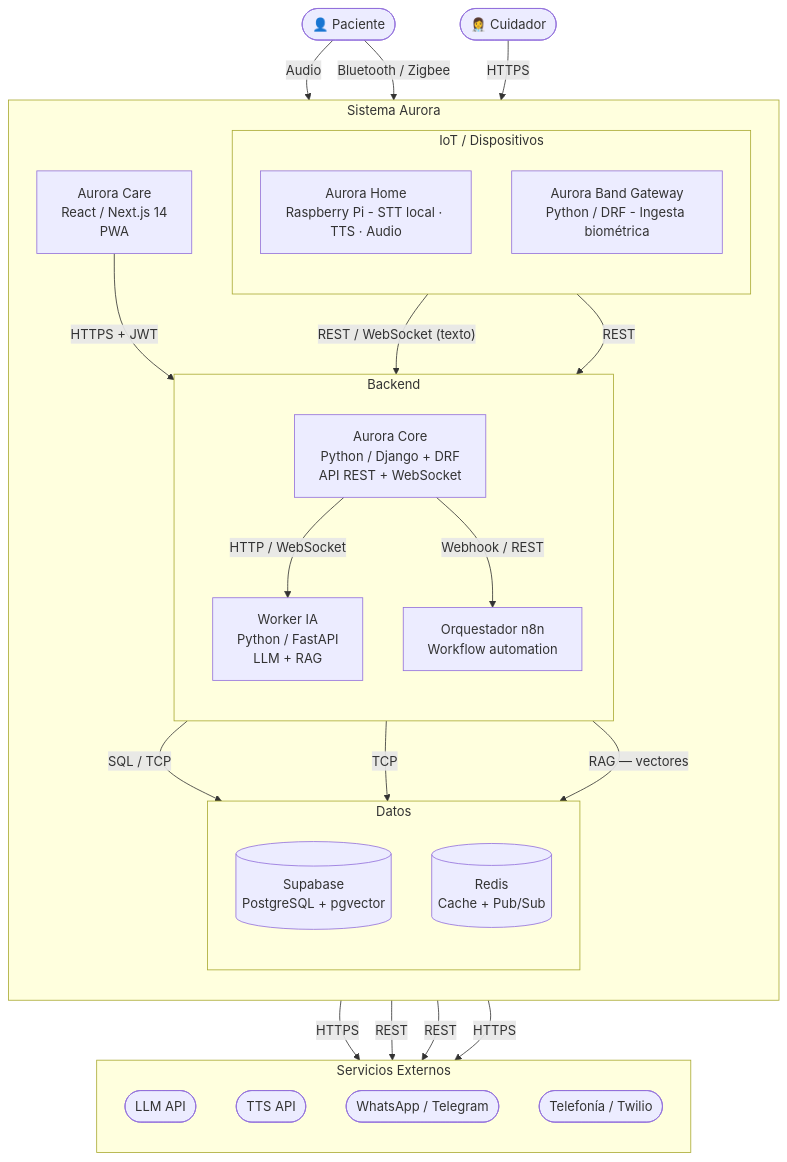
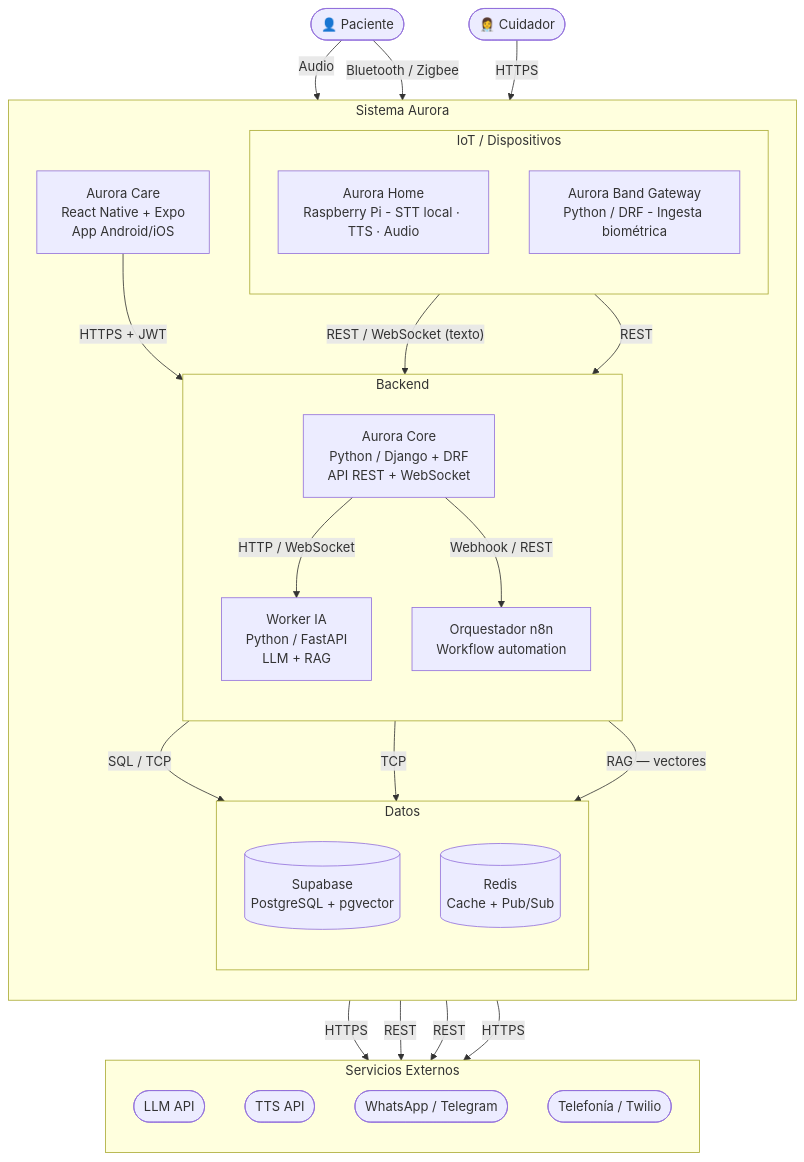
Before and after one commit to NicolasRodeyro/ObsidianAurora: the second of 3 diagrams in Document Hub/INSTANCIA 2 — Sprint 0/Arquitectura y Stack Tecnológico.md, drawn with Mermaid. The commit also changed other lines of this file and 11 other files, not shown here.

First line of the commit message:
Alineé la documentación del repo con la decisión oficial de React Native + Expo + TypeScript para Aurora Care.

````diff
--- a/Document Hub/INSTANCIA 2 — Sprint 0/Arquitectura y Stack Tecnológico.md
+++ b/Document Hub/INSTANCIA 2 — Sprint 0/Arquitectura y Stack Tecnológico.md
@@ -101,60 +101,60 @@
 ```mermaid
 flowchart TB
 
     patient(["👤 Paciente"])
     caregiver(["👩‍⚕️ Cuidador"])
 
     subgraph aurora["Sistema Aurora"]
         direction TB
 
         subgraph iot["IoT / Dispositivos"]
             direction TB
             aurora_home["Aurora Home<br/>Raspberry Pi - STT local · TTS · Audio"]
             aurora_band["Aurora Band Gateway<br/>Python / DRF - Ingesta biométrica"]
         end
 
         subgraph core["Backend"]
             direction TB
             aurora_core["Aurora Core<br/>Python / Django + DRF<br/>API REST + WebSocket"]
             worker_ia["Worker IA<br/>Python / FastAPI<br/>LLM + RAG"]
             n8n["Orquestador n8n<br/>Workflow automation"]
         end
 
         subgraph data["Datos"]
             direction TB
             supabase[("Supabase<br/>PostgreSQL + pgvector")]
             redis[("Redis<br/>Cache + Pub/Sub")]
         end
 
-        aurora_care["Aurora Care<br/>React / Next.js 14<br/>PWA"]
+        aurora_care["Aurora Care<br/>React Native + Expo<br/>App Android/iOS"]
     end
 
     subgraph ext["Servicios Externos"]
         direction TB
         llm(["LLM API"])
         tts_ext(["TTS API"])
         messaging_ext(["WhatsApp / Telegram"])
         telephony_ext(["Telefonía / Twilio"])
     end
 
     patient -->|"Audio"| aurora_home
     patient -->|"Bluetooth / Zigbee"| aurora_band
     caregiver -->|"HTTPS"| aurora_care
 
     aurora_home -->|"REST / WebSocket (texto)"| aurora_core
     aurora_home -->|"HTTPS"| tts_ext
 
     aurora_care -->|"HTTPS + JWT"| aurora_core
 
     aurora_core -->|"SQL / TCP"| supabase
     aurora_core -->|"TCP"| redis
     aurora_core -->|"HTTP / WebSocket"| worker_ia
     aurora_core -->|"Webhook / REST"| n8n
     aurora_core -->|"REST"| telephony_ext
     aurora_core -->|"REST"| messaging_ext
 
     worker_ia -->|"HTTPS"| llm
     worker_ia -->|"RAG — vectores"| supabase
 
     aurora_band -->|"REST"| aurora_core
 ```
````
